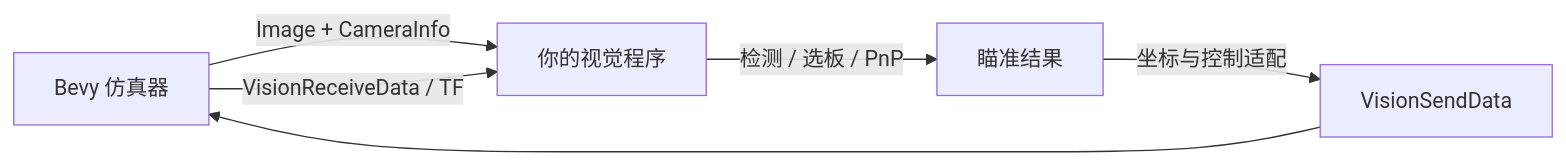
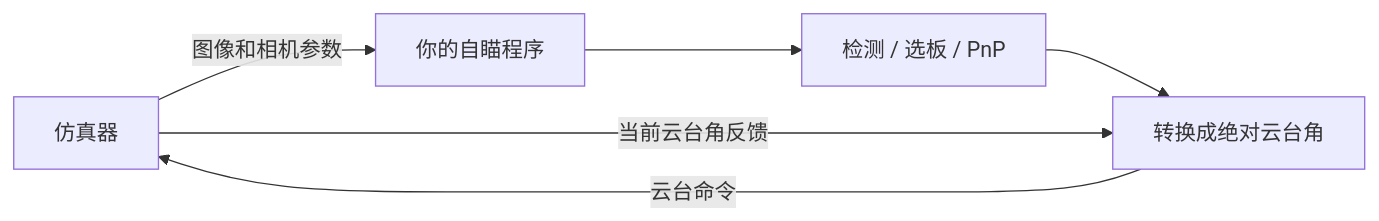
One commit to wendy712dot/robomaster-auto-aim-sim-kit changed the diagram in docs/interfaces.md. Above: the diagram before and after it, drawn with Mermaid. The commit also changed other lines of this file and 2 other files, not shown here.

````diff
--- a/docs/interfaces.md
+++ b/docs/interfaces.md
@@ -5,8 +7,8 @@
 ```mermaid
 flowchart LR
-  S[Bevy 仿真器] -->|Image + CameraInfo| A[你的视觉程序]
-  A -->|检测 / 选板 / PnP| R[瞄准结果]
-  R -->|坐标与控制适配| C[VisionSendData]
-  C --> S
-  S -->|VisionReceiveData / TF| A
+  S[仿真器] -->|图像和相机参数| A[你的自瞄程序]
+  A --> D[检测 / 选板 / PnP]
+  D --> C[转换成绝对云台角]
+  C -->|云台命令| S
+  S -->|当前云台角反馈| C
 ```
````
